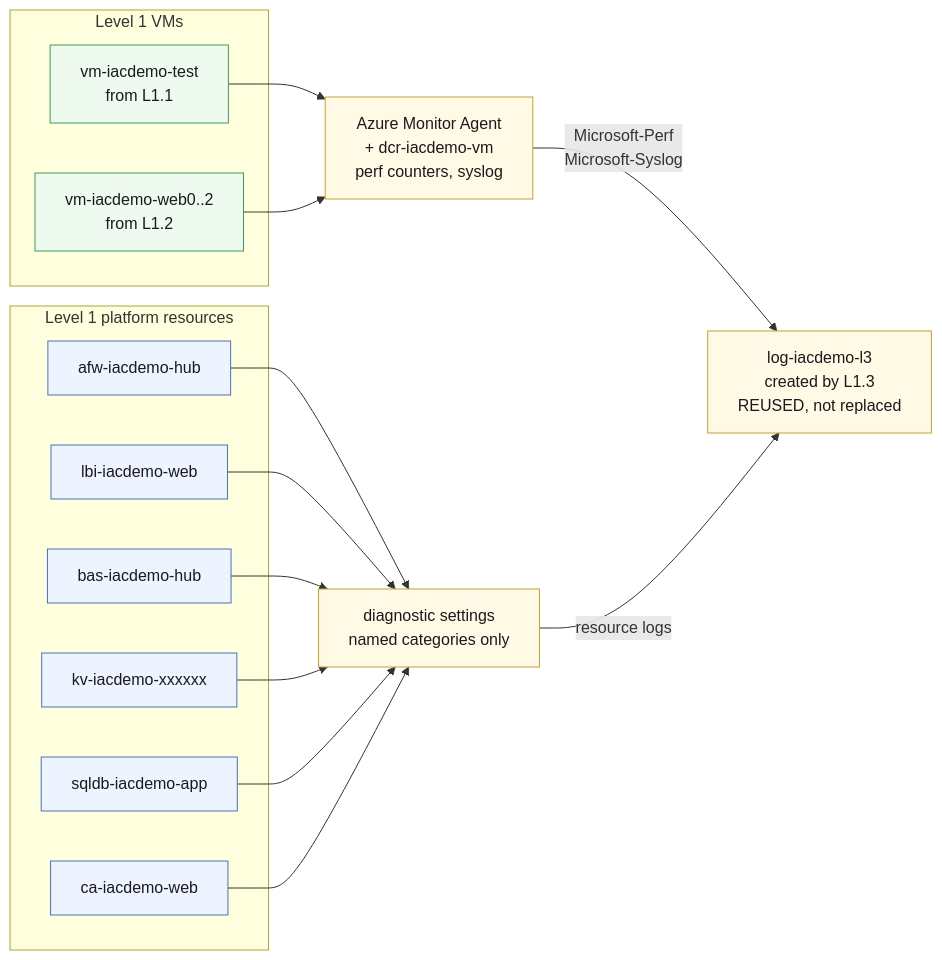
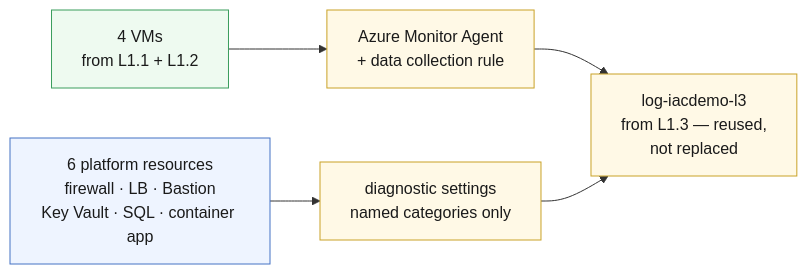
Before and after one commit to saulpatinojr/Demo-IaC_Demo_with_VSCode: the diagram in docs/wiki/Curriculum-L2-1-Monitoring-Fundamentals.md, drawn with Mermaid. The commit also changed other lines of this file and 8 other files, not shown here.

````diff
--- a/docs/wiki/Curriculum-L2-1-Monitoring-Fundamentals.md
+++ b/docs/wiki/Curriculum-L2-1-Monitoring-Fundamentals.md
@@ -22,38 +34,18 @@
 ```mermaid
 flowchart LR
-  subgraph VMS["Level 1 VMs"]
-    VM1["vm-iacdemo-test<br/>from L1.1"]
-    VM2["vm-iacdemo-web0..2<br/>from L1.2"]
-  end
+  VMS["4 VMs<br/>from L1.1 + L1.2"]
+  RES["6 platform resources<br/>firewall · LB · Bastion<br/>Key Vault · SQL · container app"]
+  AMA["Azure Monitor Agent<br/>+ data collection rule"]
+  DIAG["diagnostic settings<br/>named categories only"]
+  WS["log-iacdemo-l3<br/>from L1.3 — reused,<br/>not replaced"]
 
-  subgraph PLATFORM["Level 1 platform resources"]
-    FW["afw-iacdemo-hub"]
-    LB["lbi-iacdemo-web"]
-    BAS["bas-iacdemo-hub"]
-    KV["kv-iacdemo-xxxxxx"]
-    SQL["sqldb-iacdemo-app"]
-    APP["ca-iacdemo-web"]
-  end
-
-  AMA["Azure Monitor Agent<br/>+ dcr-iacdemo-vm<br/>perf counters, syslog"]
-  DIAG["diagnostic settings<br/>named categories only"]
-  WS["log-iacdemo-l3<br/>created by L1.3<br/>REUSED, not replaced"]
-
-  VM1 --> AMA
-  VM2 --> AMA
-  FW --> DIAG
-  LB --> DIAG
-  BAS --> DIAG
-  KV --> DIAG
-  SQL --> DIAG
-  APP --> DIAG
-  AMA -->|"Microsoft-Perf<br/>Microsoft-Syslog"| WS
-  DIAG -->|"resource logs"| WS
+  VMS --> AMA --> WS
+  RES --> DIAG --> WS
 
   classDef compute fill:#eefaf0,stroke:#3a9d5d,color:#1a1a1a
   classDef plat fill:#eef4ff,stroke:#4472c4,color:#1a1a1a
   classDef mon fill:#fff9e6,stroke:#c9a227,color:#1a1a1a
-  class VM1,VM2 compute
-  class FW,LB,BAS,KV,SQL,APP plat
+  class VMS compute
+  class RES plat
   class AMA,DIAG,WS mon
 ```
````
